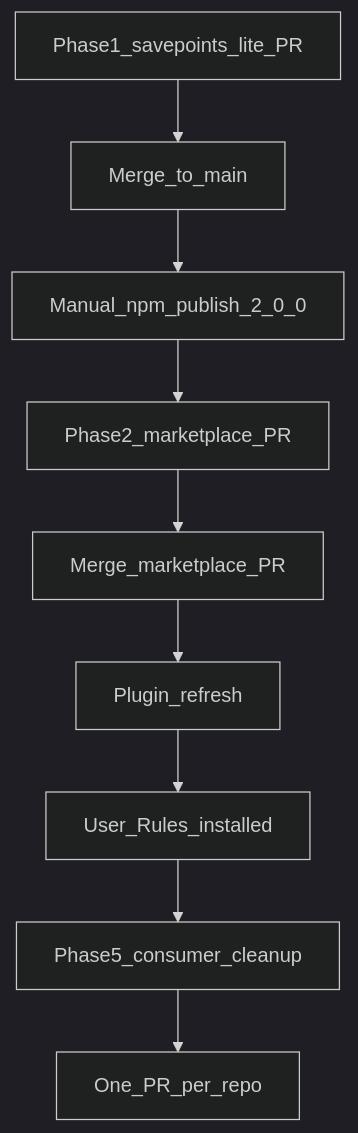
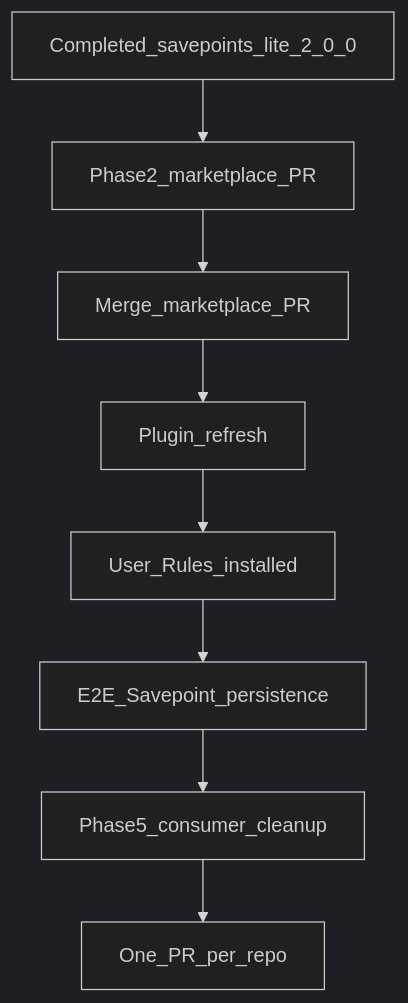
One commit to multipliers-dev/cursor-team-marketplace changed the diagram in .cursor/plans/2026-10-27-savepoints-marketplace-distribution.plan.md. Above: the diagram before and after it, drawn with Mermaid (dark theme). The commit also changed other lines of this file, not shown here.

First line of the commit message:
docs(plan): align Savepoints distribution plan with shipped savepoints-lite@2.0.0

````diff
--- a/.cursor/plans/2026-10-27-savepoints-marketplace-distribution.plan.md
+++ b/.cursor/plans/2026-10-27-savepoints-marketplace-distribution.plan.md
@@ -84,16 +76,15 @@
 ```mermaid
 flowchart TD
-  phase1[Phase1_savepoints_lite_PR]
-  merge1[Merge_to_main]
-  publish[Manual_npm_publish_2_0_0]
+  prereq[Completed_savepoints_lite_2_0_0]
   phase2[Phase2_marketplace_PR]
   merge2[Merge_marketplace_PR]
   refresh[Plugin_refresh]
   userRules[User_Rules_installed]
+  e2e[E2E_Savepoint_persistence]
   phase5[Phase5_consumer_cleanup]
   consumerPRs[One_PR_per_repo]
 
-  phase1 --> merge1 --> publish --> phase2
-  phase2 --> merge2 --> refresh --> userRules
-  userRules --> phase5 --> consumerPRs
+  prereq --> phase2
+  phase2 --> merge2 --> refresh --> userRules --> e2e
+  e2e --> phase5 --> consumerPRs
 ```
````
